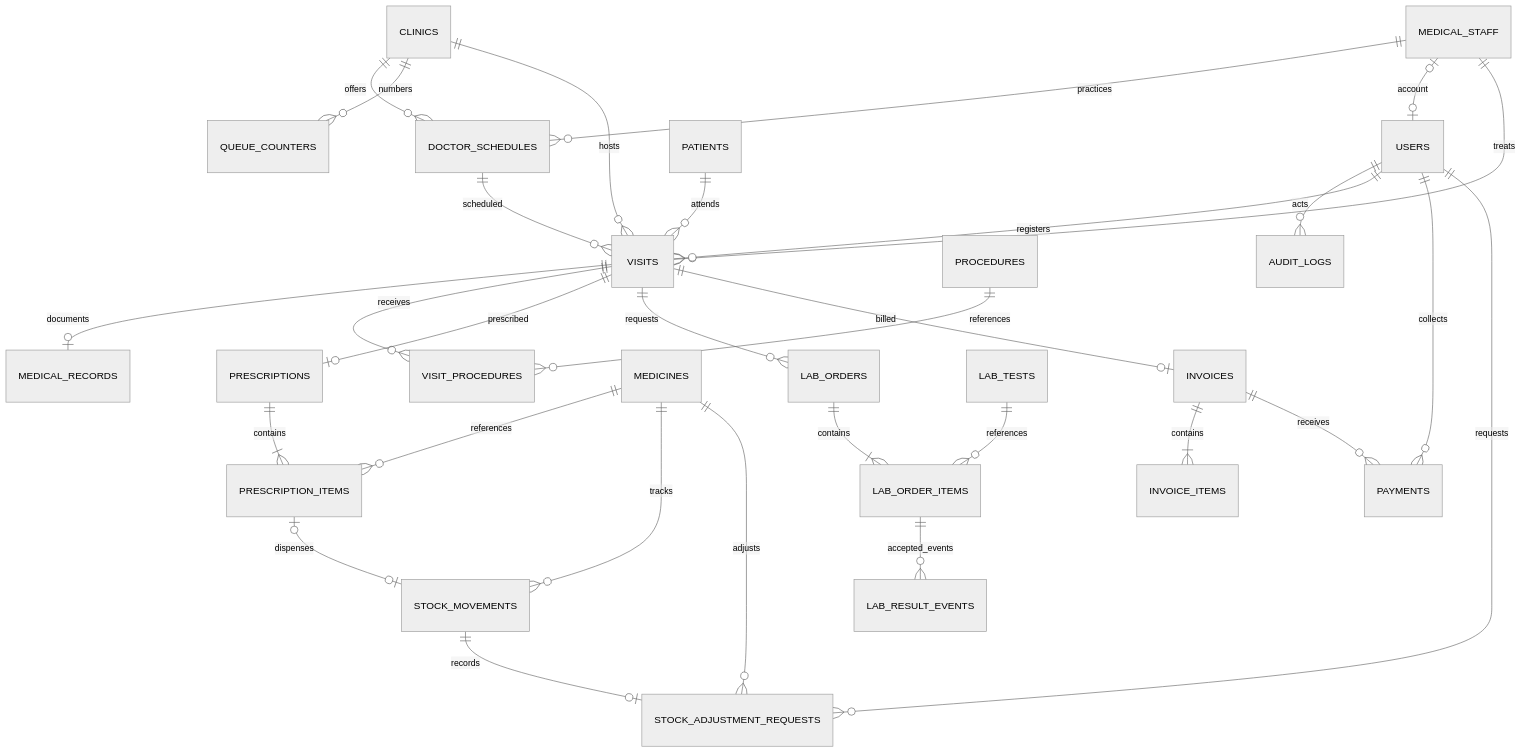
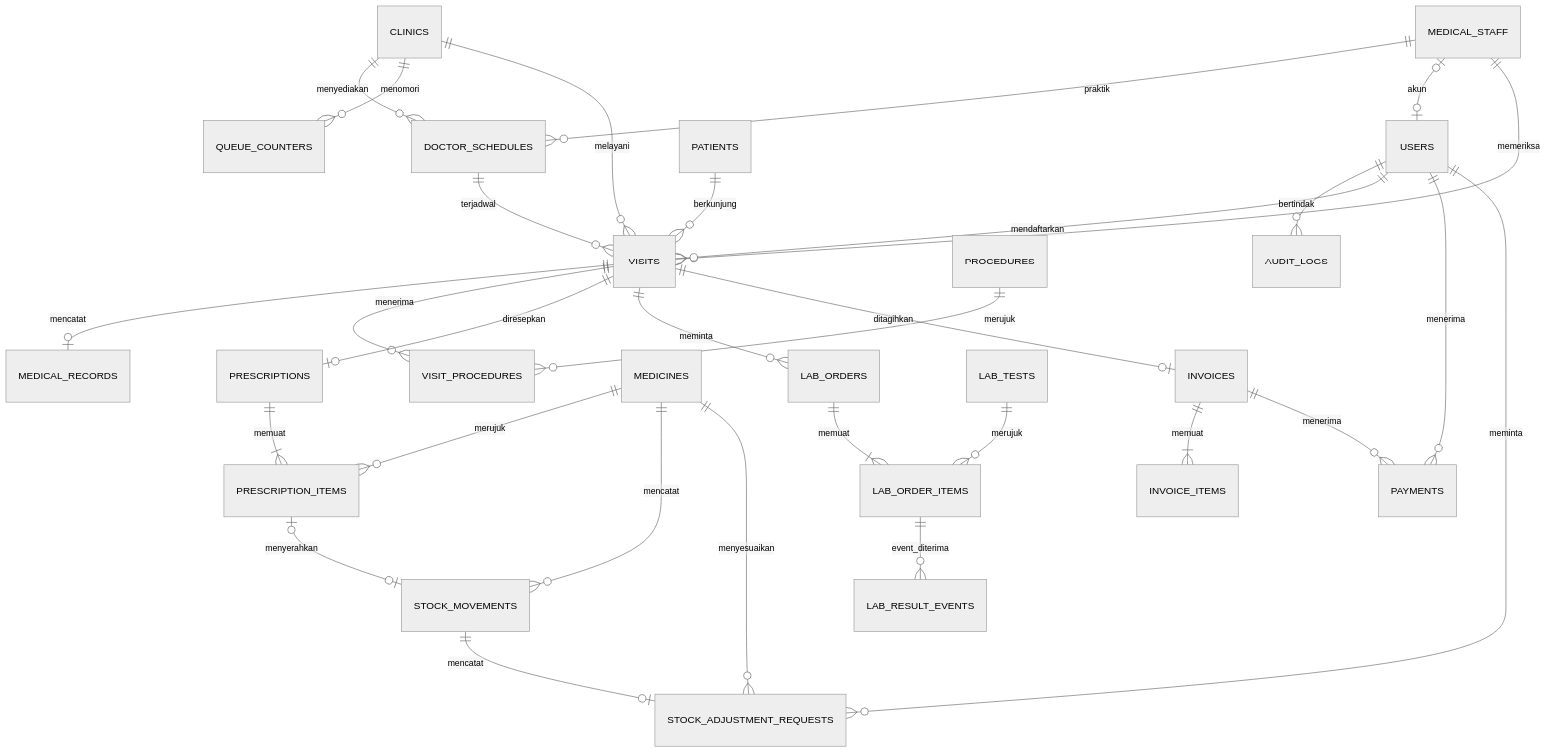
The diagram in docs/ERD.md (Al-gast/simrs-outpatient), drawn with Mermaid (neutral theme) before and after one commit. The commit also changed other lines of this file and 43 other files, not shown here.

````diff
--- a/docs/ERD.md
+++ b/docs/ERD.md
@@ -5,32 +7,32 @@
 ```mermaid
 erDiagram
- CLINICS ||--o{ DOCTOR_SCHEDULES : offers
- MEDICAL_STAFF ||--o{ DOCTOR_SCHEDULES : practices
- MEDICAL_STAFF o|--o| USERS : account
- CLINICS ||--o{ QUEUE_COUNTERS : numbers
- PATIENTS ||--o{ VISITS : attends
- MEDICAL_STAFF ||--o{ VISITS : treats
- CLINICS ||--o{ VISITS : hosts
- DOCTOR_SCHEDULES ||--o{ VISITS : scheduled
- VISITS ||--o| MEDICAL_RECORDS : documents
- VISITS ||--o{ VISIT_PROCEDURES : receives
- PROCEDURES ||--o{ VISIT_PROCEDURES : references
- VISITS ||--o| PRESCRIPTIONS : prescribed
- PRESCRIPTIONS ||--|{ PRESCRIPTION_ITEMS : contains
- MEDICINES ||--o{ PRESCRIPTION_ITEMS : references
- MEDICINES ||--o{ STOCK_MOVEMENTS : tracks
- PRESCRIPTION_ITEMS o|--o| STOCK_MOVEMENTS : dispenses
- VISITS ||--o{ LAB_ORDERS : requests
- LAB_ORDERS ||--|{ LAB_ORDER_ITEMS : contains
- LAB_TESTS ||--o{ LAB_ORDER_ITEMS : references
- LAB_ORDER_ITEMS ||--o{ LAB_RESULT_EVENTS : accepted_events
- VISITS ||--o| INVOICES : billed
- INVOICES ||--|{ INVOICE_ITEMS : contains
- INVOICES ||--o{ PAYMENTS : receives
- USERS ||--o{ AUDIT_LOGS : acts
- USERS ||--o{ VISITS : registers
- USERS ||--o{ PAYMENTS : collects
- MEDICINES ||--o{ STOCK_ADJUSTMENT_REQUESTS : adjusts
- USERS ||--o{ STOCK_ADJUSTMENT_REQUESTS : requests
- STOCK_MOVEMENTS ||--o| STOCK_ADJUSTMENT_REQUESTS : records
+ CLINICS ||--o{ DOCTOR_SCHEDULES : menyediakan
+ MEDICAL_STAFF ||--o{ DOCTOR_SCHEDULES : praktik
+ MEDICAL_STAFF o|--o| USERS : akun
+ CLINICS ||--o{ QUEUE_COUNTERS : menomori
+ PATIENTS ||--o{ VISITS : berkunjung
+ MEDICAL_STAFF ||--o{ VISITS : memeriksa
+ CLINICS ||--o{ VISITS : melayani
+ DOCTOR_SCHEDULES ||--o{ VISITS : terjadwal
+ VISITS ||--o| MEDICAL_RECORDS : mencatat
+ VISITS ||--o{ VISIT_PROCEDURES : menerima
+ PROCEDURES ||--o{ VISIT_PROCEDURES : merujuk
+ VISITS ||--o| PRESCRIPTIONS : diresepkan
+ PRESCRIPTIONS ||--|{ PRESCRIPTION_ITEMS : memuat
+ MEDICINES ||--o{ PRESCRIPTION_ITEMS : merujuk
+ MEDICINES ||--o{ STOCK_MOVEMENTS : mencatat
+ PRESCRIPTION_ITEMS o|--o| STOCK_MOVEMENTS : menyerahkan
+ VISITS ||--o{ LAB_ORDERS : meminta
+ LAB_ORDERS ||--|{ LAB_ORDER_ITEMS : memuat
+ LAB_TESTS ||--o{ LAB_ORDER_ITEMS : merujuk
+ LAB_ORDER_ITEMS ||--o{ LAB_RESULT_EVENTS : event_diterima
+ VISITS ||--o| INVOICES : ditagihkan
+ INVOICES ||--|{ INVOICE_ITEMS : memuat
+ INVOICES ||--o{ PAYMENTS : menerima
+ USERS ||--o{ AUDIT_LOGS : bertindak
+ USERS ||--o{ VISITS : mendaftarkan
+ USERS ||--o{ PAYMENTS : menerima
+ MEDICINES ||--o{ STOCK_ADJUSTMENT_REQUESTS : menyesuaikan
+ USERS ||--o{ STOCK_ADJUSTMENT_REQUESTS : meminta
+ STOCK_MOVEMENTS ||--o| STOCK_ADJUSTMENT_REQUESTS : mencatat
 ```
````
